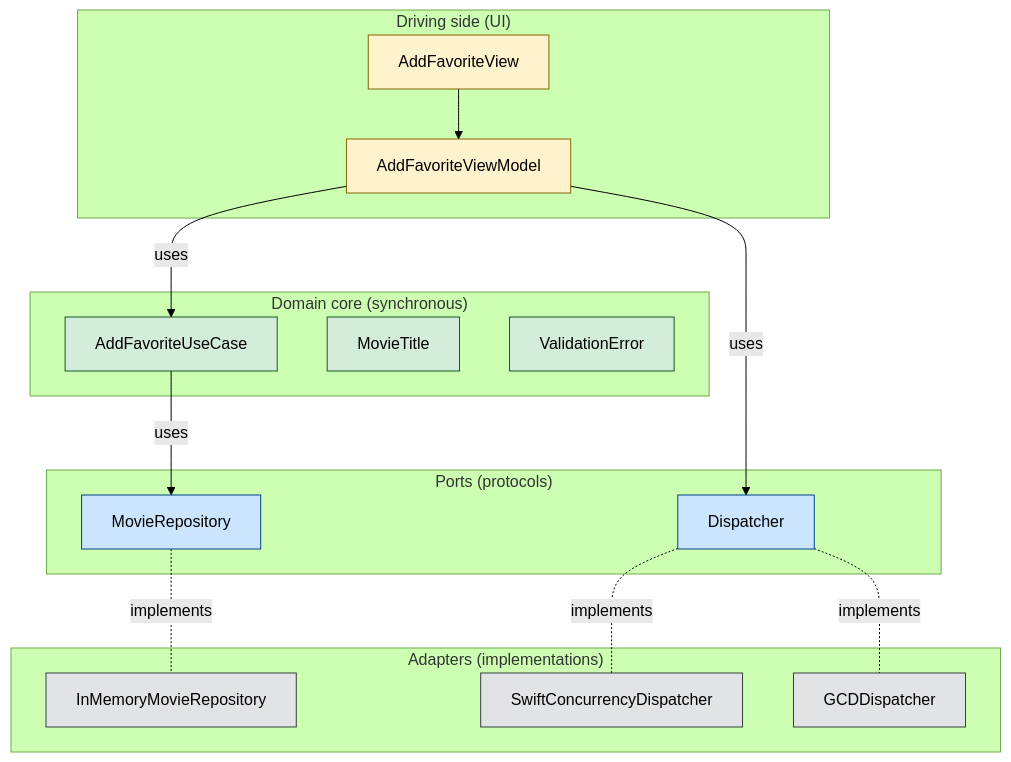
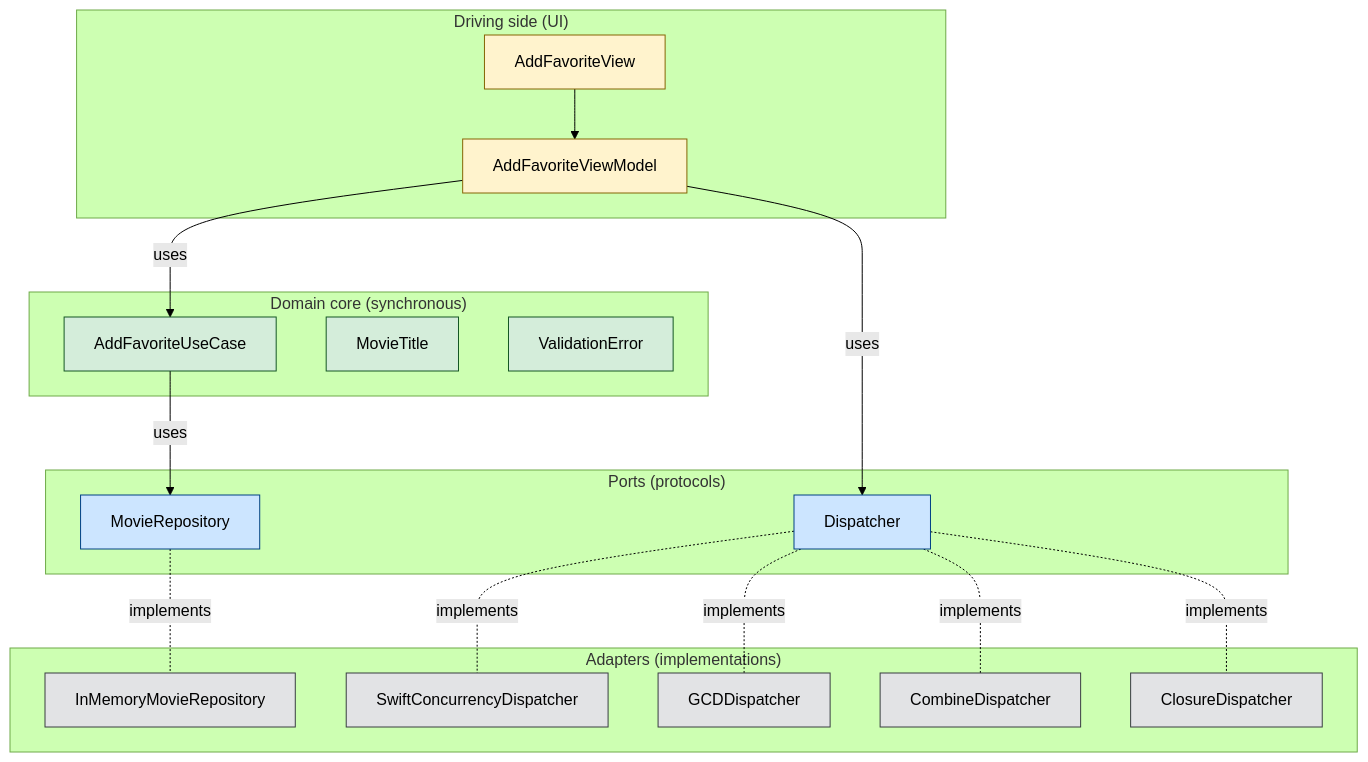
The fourth of 4 diagrams in README.md (oliver-perez/AsyncLeakDemo), drawn with Mermaid (forest theme) before and after one commit. The commit also changed other lines of this file, not shown here.

First line of the commit message:
README: document the four Dispatcher adapters

````diff
--- a/README.md
+++ b/README.md
@@ -98,41 +98,45 @@
 ```mermaid
 flowchart TB
     subgraph Hex ["Domain core (synchronous)"]
         UC[AddFavoriteUseCase]
         MT[MovieTitle]
         VE[ValidationError]
     end
 
     subgraph Ports ["Ports (protocols)"]
         MR[MovieRepository]
         DP[Dispatcher]
     end
 
     subgraph Adapters ["Adapters (implementations)"]
         IMR[InMemoryMovieRepository]
         SCD[SwiftConcurrencyDispatcher]
         GCD[GCDDispatcher]
+        CMB[CombineDispatcher]
+        CLS[ClosureDispatcher]
     end
 
     subgraph Driving ["Driving side (UI)"]
         VW[AddFavoriteView]
         VM[AddFavoriteViewModel]
     end
 
     VW --> VM
     VM -->|uses| UC
     VM -->|uses| DP
     UC -->|uses| MR
     MR -.implements.- IMR
     DP -.implements.- SCD
     DP -.implements.- GCD
+    DP -.implements.- CMB
+    DP -.implements.- CLS
 
     classDef core fill:#d4edda,stroke:#155724,color:#000
     classDef port fill:#cce5ff,stroke:#004085,color:#000
     classDef adapter fill:#e2e3e5,stroke:#383d41,color:#000
     classDef ui fill:#fff3cd,stroke:#856404,color:#000
     class UC,MT,VE core
     class MR,DP port
-    class IMR,SCD,GCD adapter
+    class IMR,SCD,GCD,CMB,CLS adapter
     class VW,VM ui
 ```
````
